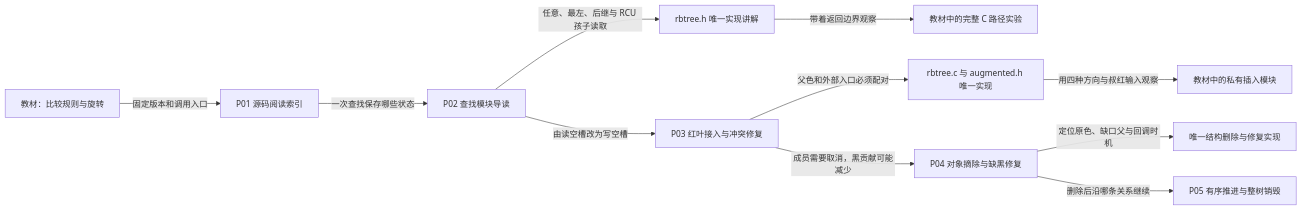
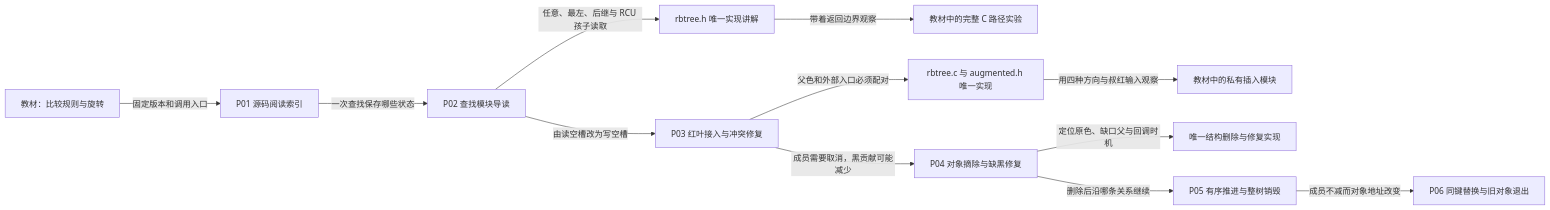
The diagram in research/source_reading/rbtree/大纲.md (FormingSystem/linux_note), drawn with Mermaid before and after one commit. The commit also changed other lines of this file and 21 other files, not shown here.

````diff
--- a/research/source_reading/rbtree/大纲.md
+++ b/research/source_reading/rbtree/大纲.md
@@ -15,13 +15,14 @@
 ```mermaid
 flowchart LR
     K["教材：比较规则与旋转"] -->|"固定版本和调用入口"| I["P01 源码阅读索引"]
     I -->|"一次查找保存哪些状态"| N["P02 查找模块导读"]
     N -->|"任意、最左、后继与 RCU 孩子读取"| S["rbtree.h 唯一实现讲解"]
     S -->|"带着返回边界观察"| E["教材中的完整 C 路径实验"]
     N -->|"由读空槽改为写空槽"| A["P03 红叶接入与冲突修复"]
     A -->|"父色和外部入口必须配对"| R["rbtree.c 与 augmented.h 唯一实现"]
     R -->|"用四种方向与叔红输入观察"| M["教材中的私有插入模块"]
     A -->|"成员需要取消，黑贡献可能减少"| D["P04 对象摘除与缺黑修复"]
     D -->|"定位原色、缺口父与回调时机"| Q["唯一结构删除与修复实现"]
     D -->|"删除后沿哪条关系继续"| W["P05 有序推进与整树销毁"]
+    W -->|"成员不减而对象地址改变"| T["P06 同键替换与旧对象退出"]
 ```
````
